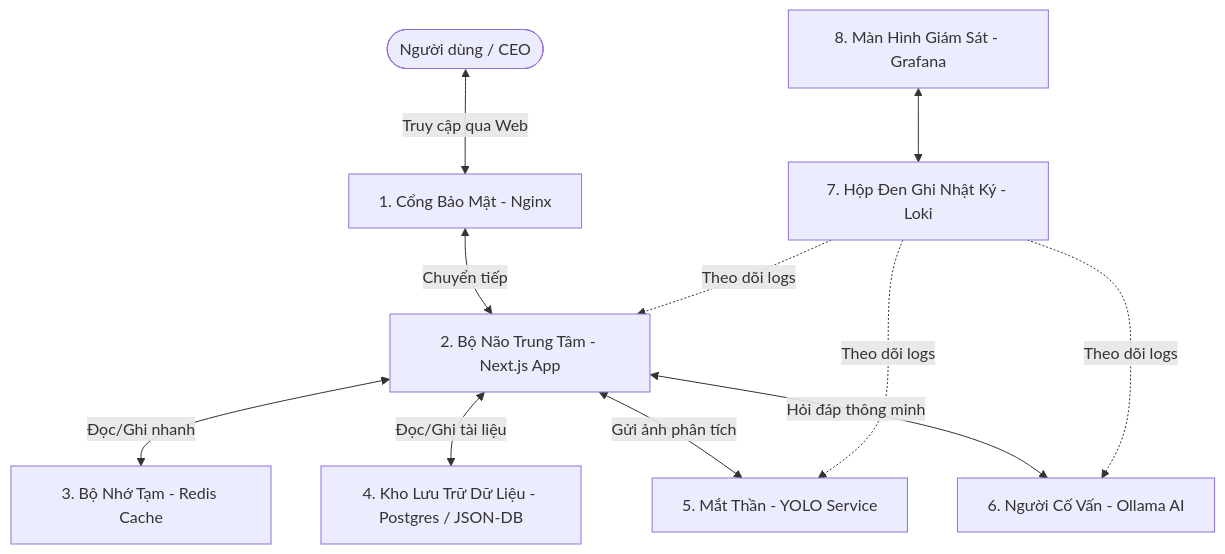
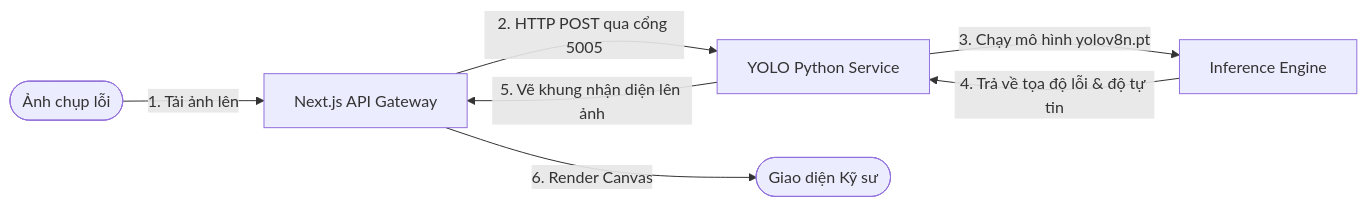
Before and after one commit to hoang12122/Hurc-cdhs: the second of 4 diagrams in document.md, drawn with Mermaid. The commit also changed other lines of this file, not shown here.

````diff
--- a/document.md
+++ b/document.md
@@ -163,11 +189,9 @@
 ```mermaid
-graph TD
-    User([Người dùng / CEO]) <-->|Truy cập qua Web| Nginx[1. Cổng Bảo Mật - Nginx]
-    Nginx <-->|Chuyển tiếp| App[2. Bộ Não Trung Tâm - Next.js App]
-    App <-->|Đọc/Ghi nhanh| Redis[3. Bộ Nhớ Tạm - Redis Cache]
-    App <-->|Đọc/Ghi tài liệu| DB[4. Kho Lưu Trữ Dữ Liệu - Postgres / JSON-DB]
-    App <-->|Gửi ảnh phân tích| YOLO[5. Mắt Thần - YOLO Service]
-    App <-->|Hỏi đáp thông minh| Ollama[6. Người Cố Vấn - Ollama AI]
-    Loki[7. Hộp Đen Ghi Nhật Ký - Loki] -.->|Theo dõi logs| App & YOLO & Ollama
-    Grafana[8. Màn Hình Giám Sát - Grafana] <--> Loki
+graph LR
+    User([Ảnh chụp lỗi]) -->|1. Tải ảnh lên| Next[Next.js API Gateway]
+    Next -->|2. HTTP POST qua cổng 5005| YOLO[YOLO Python Service]
+    YOLO -->|3. Chạy mô hình yolov8n.pt| PyTorch[Inference Engine]
+    PyTorch -->|4. Trả về tọa độ lỗi & độ tự tin| YOLO
+    YOLO -->|5. Vẽ khung nhận diện lên ảnh| Next
+    Next -->|6. Render Canvas| UI([Giao diện Kỹ sư])
 ```
````
